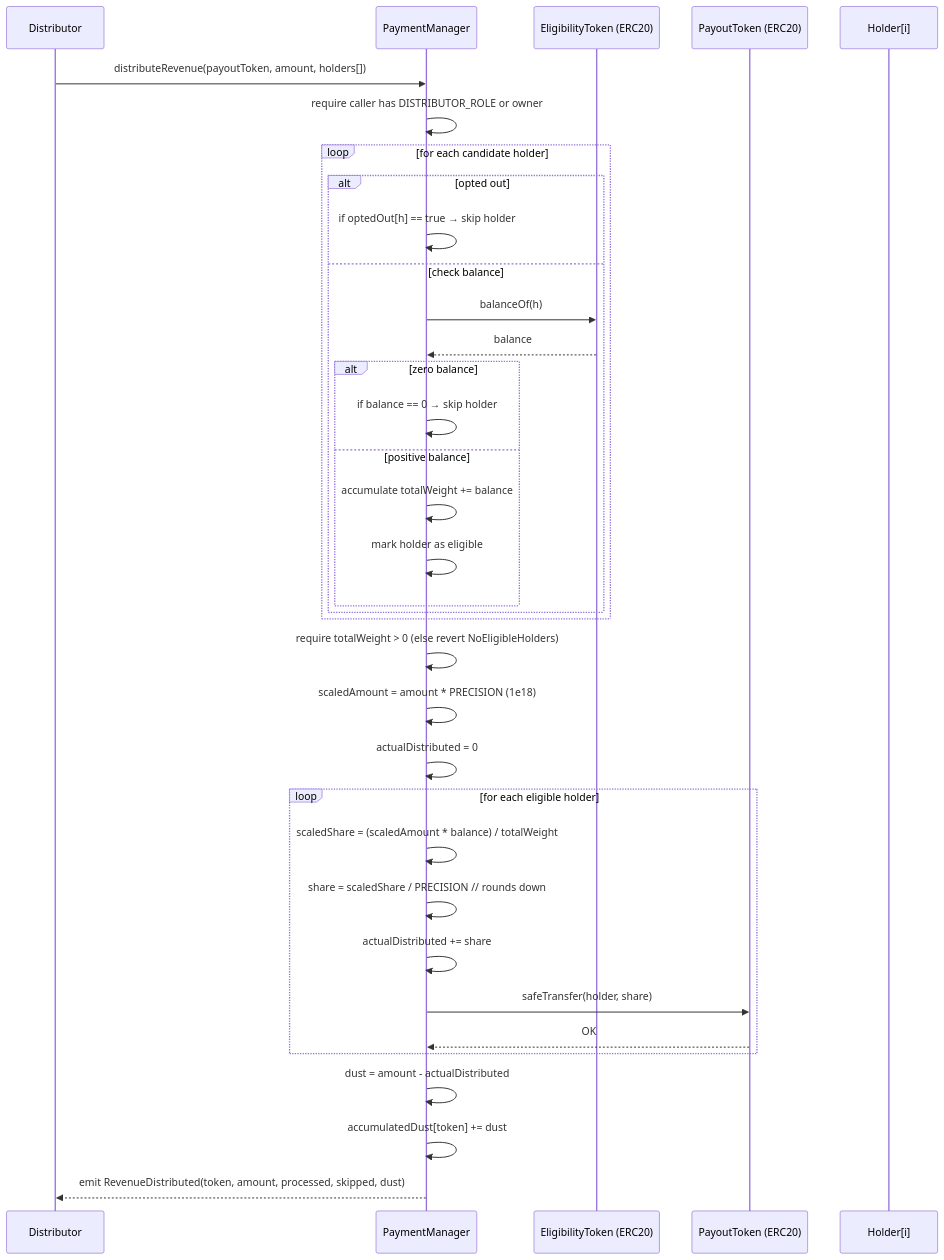
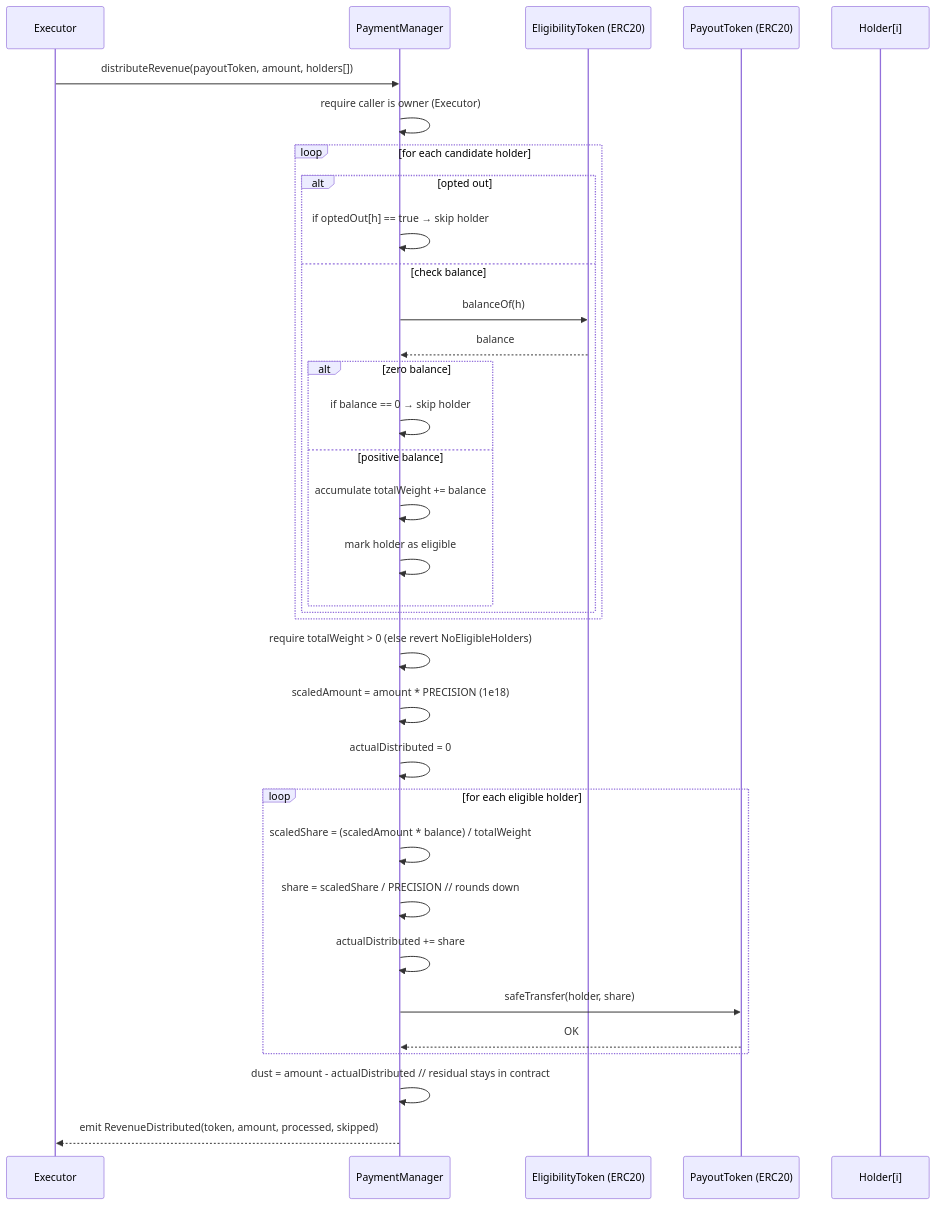
The third of 4 diagrams in PaymentManager-TechnicalSpec.md (PerpetualOrganizationArchitect/POP), drawn with Mermaid before and after one commit. The commit also changed other lines of this file, not shown here.

First line of the commit message:
Simplify PaymentManager spec: ERC-20 only, Executor-controlled

````diff
--- a/PaymentManager-TechnicalSpec.md
+++ b/PaymentManager-TechnicalSpec.md
@@ -242,38 +213,37 @@
 ```mermaid
 sequenceDiagram
-    participant D as Distributor
+    participant E as Executor
     participant PM as PaymentManager
     participant ET as EligibilityToken (ERC20)
     participant RT as PayoutToken (ERC20)
     participant H as Holder[i]
 
-    D->>PM: distributeRevenue(payoutToken, amount, holders[])
-    PM->>PM: require caller has DISTRIBUTOR_ROLE or owner
+    E->>PM: distributeRevenue(payoutToken, amount, holders[])
+    PM->>PM: require caller is owner (Executor)
     loop for each candidate holder
       alt opted out
         PM->>PM: if optedOut[h] == true → skip holder
       else check balance
         PM->>ET: balanceOf(h)
         ET-->>PM: balance
         alt zero balance
           PM->>PM: if balance == 0 → skip holder
         else positive balance
           PM->>PM: accumulate totalWeight += balance
           PM->>PM: mark holder as eligible
         end
       end
     end
     PM->>PM: require totalWeight > 0 (else revert NoEligibleHolders)
     PM->>PM: scaledAmount = amount * PRECISION (1e18)
     PM->>PM: actualDistributed = 0
     loop for each eligible holder
       PM->>PM: scaledShare = (scaledAmount * balance) / totalWeight
       PM->>PM: share = scaledShare / PRECISION  // rounds down
       PM->>PM: actualDistributed += share
       PM->>RT: safeTransfer(holder, share)
       RT-->>PM: OK
     end
-    PM->>PM: dust = amount - actualDistributed
-    PM->>PM: accumulatedDust[token] += dust
-    PM-->>D: emit RevenueDistributed(token, amount, processed, skipped, dust)
+    PM->>PM: dust = amount - actualDistributed  // residual stays in contract
+    PM-->>E: emit RevenueDistributed(token, amount, processed, skipped)
 ```
````
